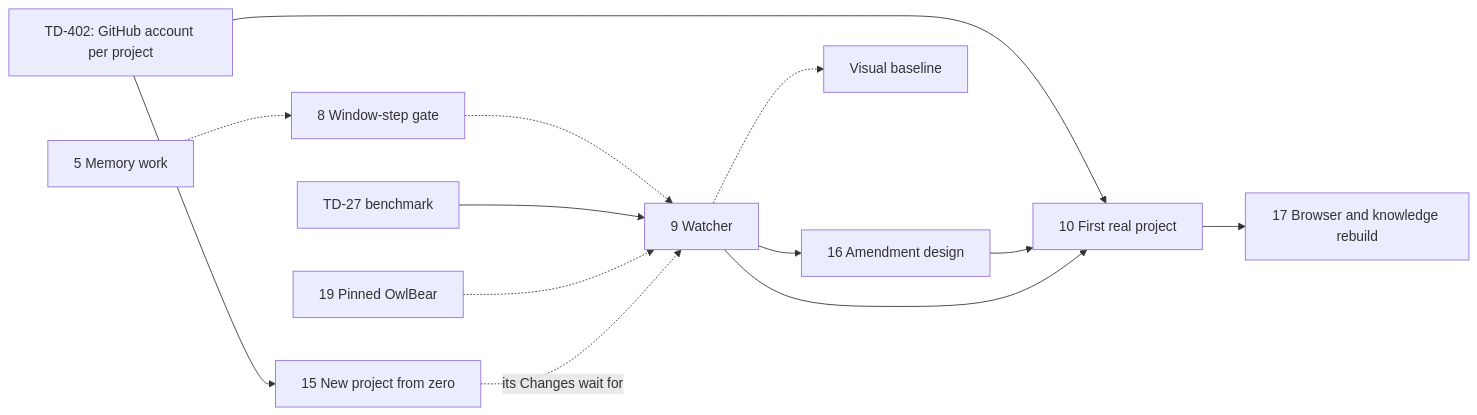
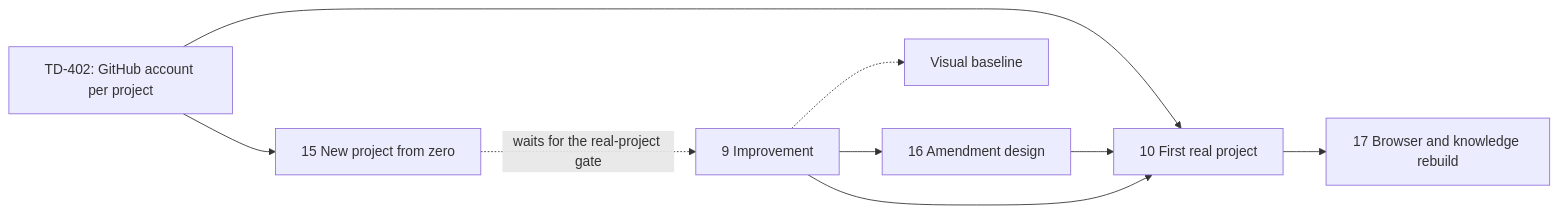
The diagram in .owlbear/research/owlbear-plan.md (maba-pag/owlbear), drawn with Mermaid before and after one commit. The commit also changed other lines of this file and 1 other file, not shown here.

Commit message:
Docs: category actions in place of the old mode wording; retired work out of the open plan

````diff
--- a/.owlbear/research/owlbear-plan.md
+++ b/.owlbear/research/owlbear-plan.md
@@ -112,15 +112,11 @@
 ```mermaid
 flowchart LR
   A402["TD-402: GitHub account per project"] --> I15["15 New project from zero"]
   A402 --> I10["10 First real project"]
-  I5["5 Memory work"] -.-> I8["8 Window-step gate"]
-  I8 -.-> I9["9 Watcher"]
-  B27["TD-27 benchmark"] --> I9
-  I19["19 Pinned OwlBear"] -.-> I9
-  I9 --> I16["16 Amendment design"]
+  I9["9 Improvement"] --> I16["16 Amendment design"]
   I16 --> I10
   I9 --> I10
-  I15 -. its Changes wait for .-> I9
+  I15 -. waits for the real-project gate .-> I9
   I10 --> I17["17 Browser and knowledge rebuild"]
   I9 -.-> VB["Visual baseline"]
 ```
````
